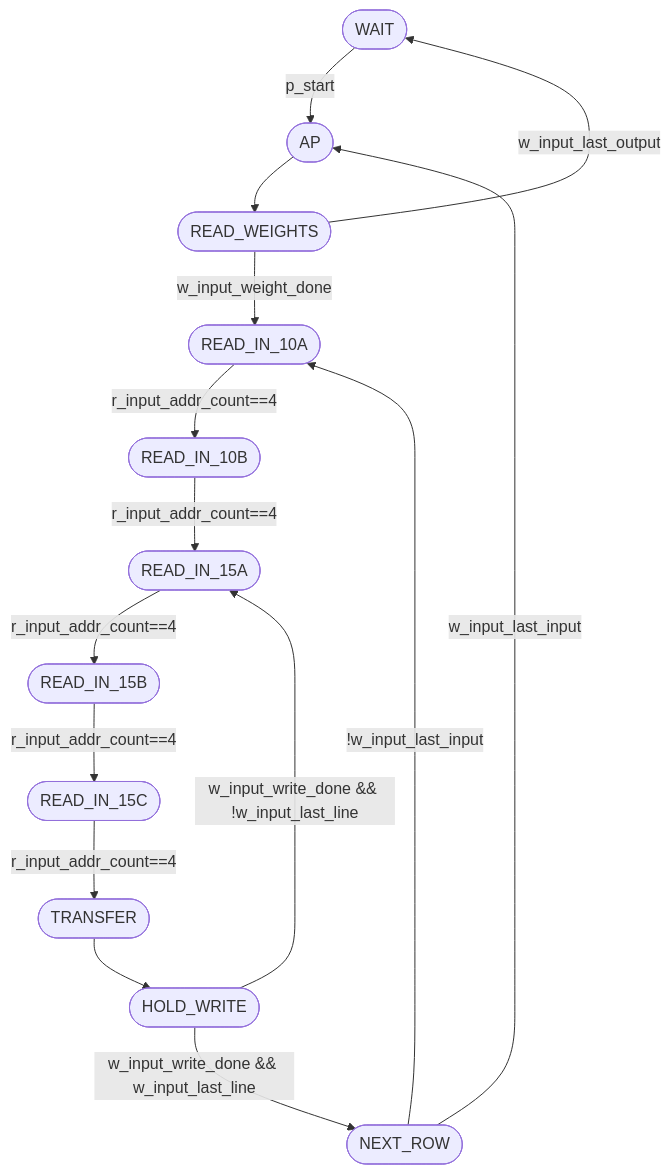
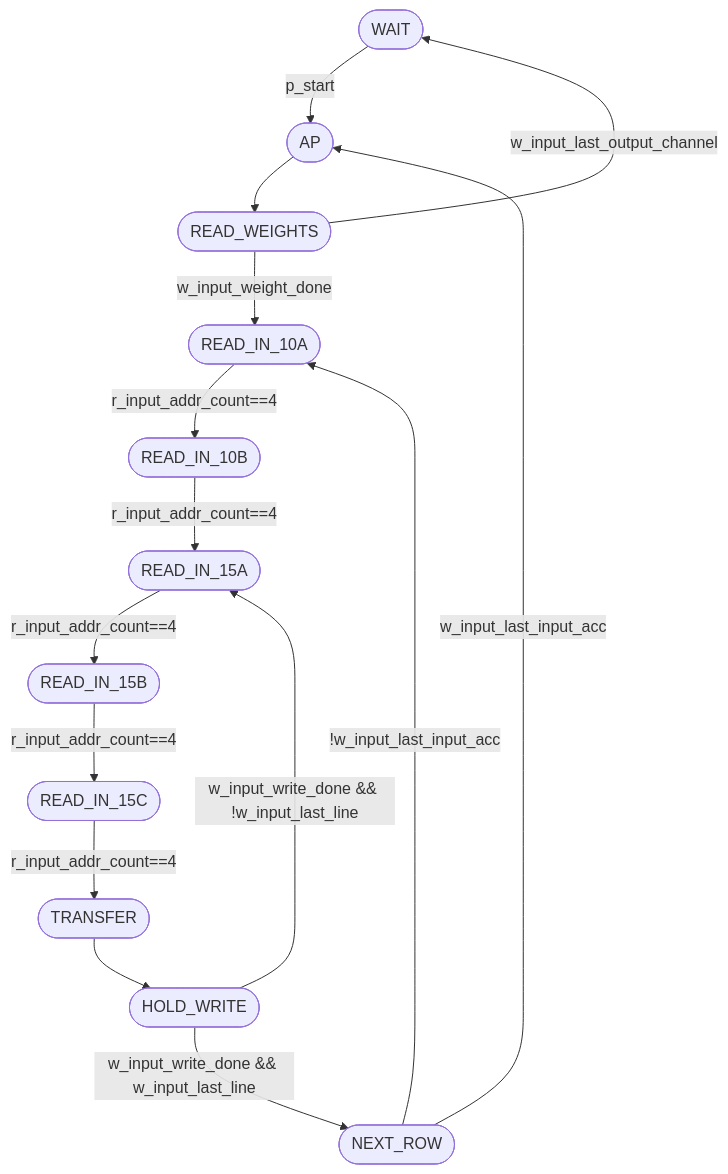
Before and after one commit to tarsioonofrio/FastConv_SystemVerilog: the first of 3 diagrams in rtl/control/README.md, drawn with Mermaid. The commit also changed other lines of this file and 3 other files, not shown here.

Commit message:
Use w_output_last_input_channel for channel checks

````diff
--- a/rtl/control/README.md
+++ b/rtl/control/README.md
@@ -97,16 +97,16 @@
 ```mermaid
 flowchart TB
     W(["WAIT"]) -->|"p_start"| AP(["AP"]) --> RW(["READ_WEIGHTS"])
     RW -->|"w_input_weight_done"| READ_IN_10A(["READ_IN_10A"])
-    RW -->|"w_input_last_output"| W
+    RW -->|"w_input_last_output_channel"| W
     READ_IN_10A -->|"r_input_addr_count==4"| READ_IN_10B(["READ_IN_10B"])
     READ_IN_10B -->|"r_input_addr_count==4"| READ_IN_15A(["READ_IN_15A"])
     READ_IN_15A -->|"r_input_addr_count==4"| READ_IN_15B(["READ_IN_15B"])
     READ_IN_15B -->|"r_input_addr_count==4"| READ_IN_15C(["READ_IN_15C"])
     READ_IN_15C -->|"r_input_addr_count==4"| X(["TRANSFER"])
     X --> HW(["HOLD_WRITE"])
     HW -->|"w_input_write_done && !w_input_last_line"| READ_IN_15A
     HW -->|"w_input_write_done && w_input_last_line"| NR(["NEXT_ROW"])
-    NR -->|"w_input_last_input"| AP
-    NR -->|"!w_input_last_input"| READ_IN_10A
+    NR -->|"w_input_last_input_acc"| AP
+    NR -->|"!w_input_last_input_acc"| READ_IN_10A
 ```
````
